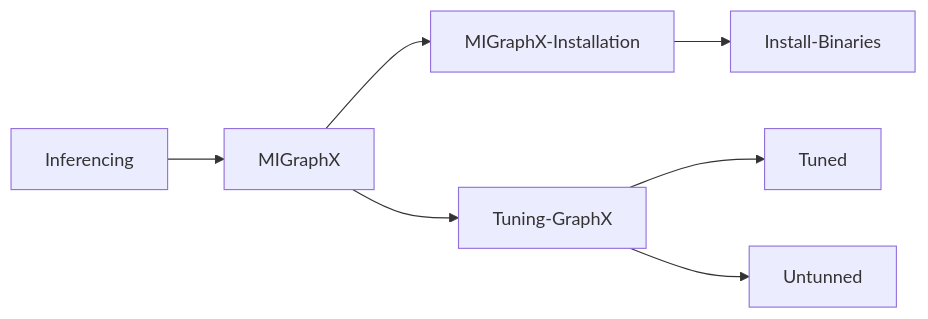
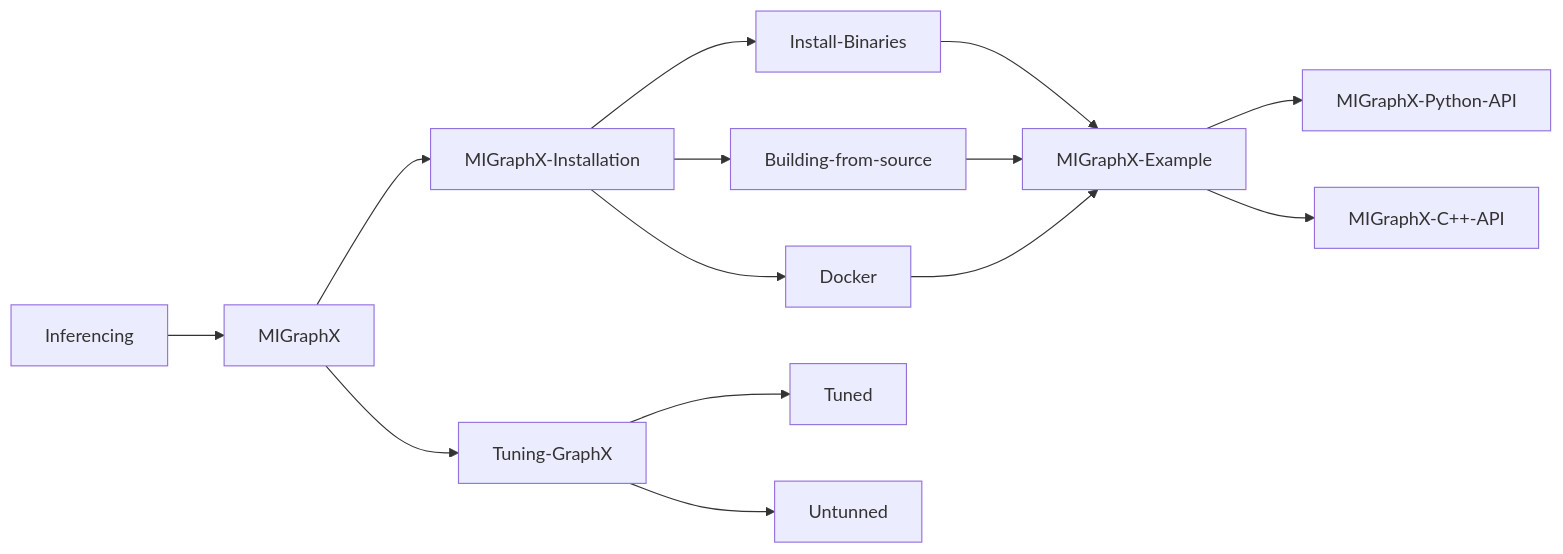
One commit to anubhavamd/sample changed the diagram in README.md. Above: the diagram before and after it, drawn with Mermaid.

````diff
--- a/README.md
+++ b/README.md
@@ -1,13 +1,20 @@
 ```mermaid
 flowchart LR
     Inferencing-->MIGraphX
     MIGraphX-->MIGraphX-Installation
     MIGraphX-Installation--> Install-Binaries
+    MIGraphX-Installation--> Building-from-source
+    MIGraphX-Installation--> Docker
+    Install-Binaries --> MIGraphX-Example
+    Building-from-source --> MIGraphX-Example
+    Docker --> MIGraphX-Example
+    MIGraphX-Example--> MIGraphX-Python-API
+    MIGraphX-Example--> MIGraphX-C++-API
     MIGraphX--> Tuning-GraphX
     Tuning-GraphX --> Tuned
     Tuning-GraphX --> Untunned
     
     
     click Inferencing href "https://github.com/anubhavamd/Deep-Learning-Updated#51-inferencing"
     click MIGraphX href "https://github.com/anubhavamd/Deep-Learning-Updated#511-migraphx-introduction"
 ```
````
